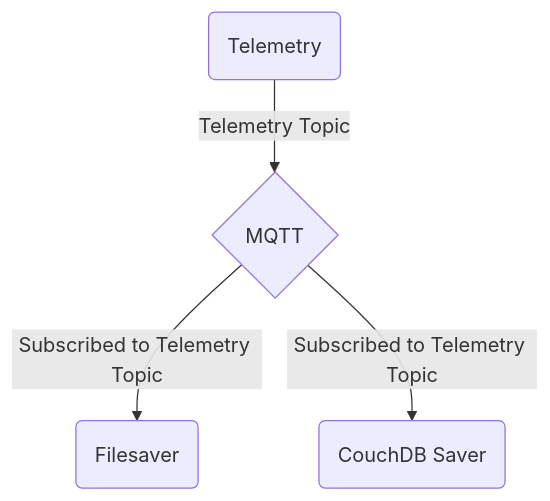
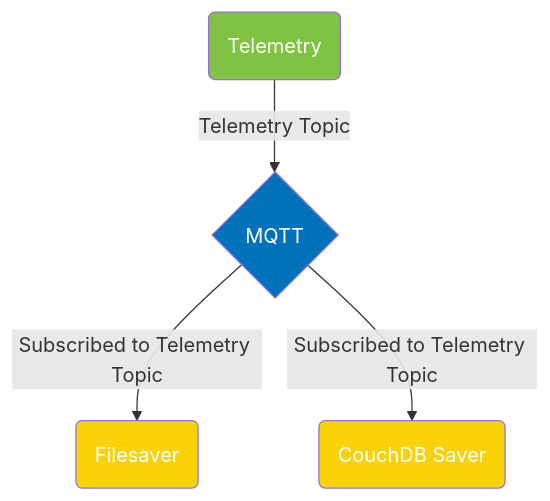
One commit to IQTLabs/edgetech-telemetry-pinephone changed the diagram in README.md. Above: the diagram before and after it, drawn with Mermaid.

Commit message:
flowchart updates:

````diff
--- a/README.md
+++ b/README.md
@@ -85,8 +85,13 @@
 ```mermaid 
 
 flowchart TD
     telemetry(Telemetry) -- Telemetry Topic --> mqtt{MQTT}
     mqtt{MQTT} -- Subscribed to Telemetry Topic --> filesaver(Filesaver)
     mqtt{MQTT} -- Subscribed to Telemetry Topic -->  couchdbsaver(CouchDB Saver)
 
+style mqtt fill:#0072bc,color:#ffffff
+style telemetry fill:#80c342,color:#ffffff
+style couchdbsaver fill:#F9D308,color:#ffffff
+style filesaver fill:#F9D308,color:#ffffff
+
 ```
````
